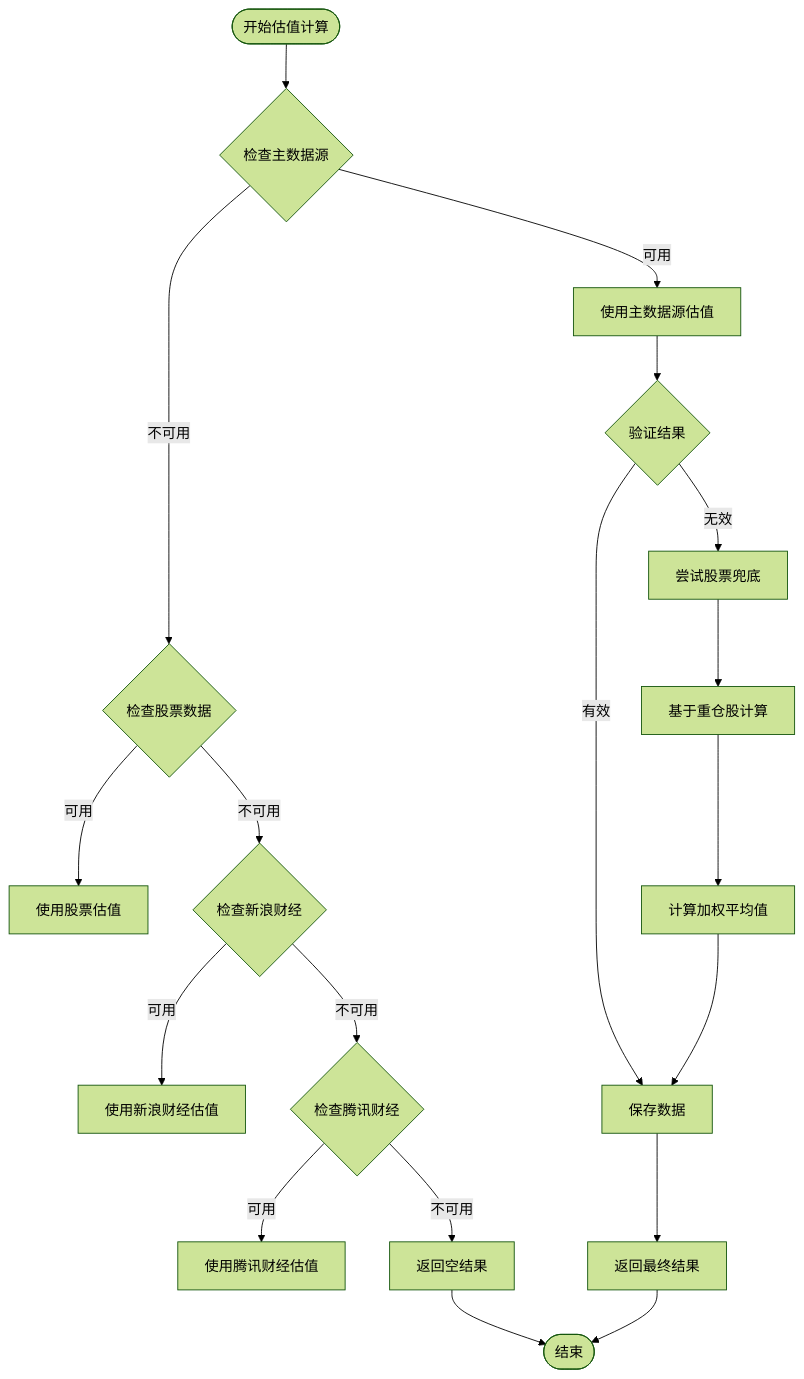
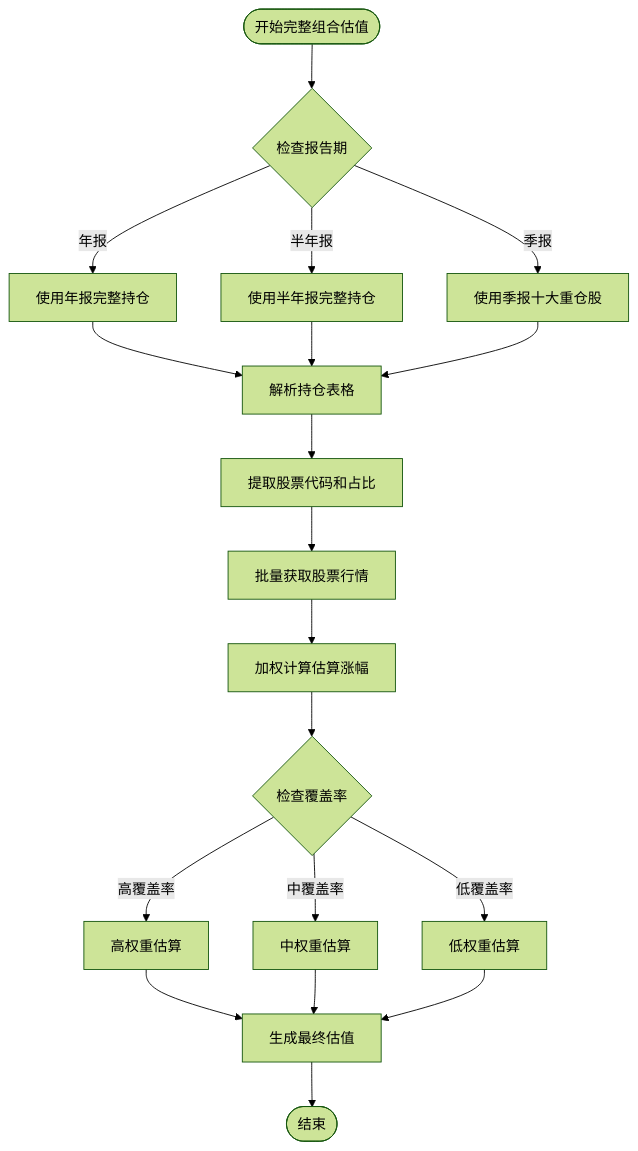
Before and after one commit to gree-coder/fund-butler: the fourth of 16 diagrams in .qoder/repowiki/zh/content/核心功能开发/多源基金估值系统.md, drawn with Mermaid (forest theme). The commit also changed other lines of this file and 28 other files, not shown here.

````diff
--- a/.qoder/repowiki/zh/content/核心功能开发/多源基金估值系统.md
+++ b/.qoder/repowiki/zh/content/核心功能开发/多源基金估值系统.md
@@ -276,21 +276,21 @@
 ```mermaid
 flowchart TD
-Start([开始估值计算]) --> CheckPrimary{检查主数据源}
-CheckPrimary --> |可用| UsePrimary[使用主数据源估值]
-CheckPrimary --> |不可用| CheckStock{检查股票数据}
-CheckStock --> |可用| UseStock[使用股票估值]
-CheckStock --> |不可用| CheckSina{检查新浪财经}
-CheckSina --> |可用| UseSina[使用新浪财经估值]
-CheckSina --> |不可用| CheckTencent{检查腾讯财经}
-CheckTencent --> |可用| UseTencent[使用腾讯财经估值]
-CheckTencent --> |不可用| ReturnEmpty[返回空结果]
-UsePrimary --> ValidateResult{验证结果}
-ValidateResult --> |有效| SaveData[保存数据]
-ValidateResult --> |无效| TryStockFallback[尝试股票兜底]
-TryStockFallback --> CalcByStocks[基于重仓股计算]
-CalcByStocks --> CalcWeightedAvg[计算加权平均值]
-CalcWeightedAvg --> SaveData
-SaveData --> ReturnResult[返回最终结果]
-ReturnEmpty --> End([结束])
-ReturnResult --> End
+Start([开始完整组合估值]) --> CheckReport{检查报告期}
+CheckReport --> |年报| UseAnnual[使用年报完整持仓]
+CheckReport --> |半年报| UseHalfYear[使用半年报完整持仓]
+CheckReport --> |季报| UseQuarter[使用季报十大重仓股]
+UseAnnual --> ParseTable[解析持仓表格]
+UseHalfYear --> ParseTable
+UseQuarter --> ParseTable
+ParseTable --> ExtractHoldings[提取股票代码和占比]
+ExtractHoldings --> BatchRequest[批量获取股票行情]
+BatchRequest --> WeightCalc[加权计算估算涨幅]
+WeightCalc --> CoverageCheck{检查覆盖率}
+CoverageCheck --> |高覆盖率| HighWeight[高权重估算]
+CoverageCheck --> |中覆盖率| MediumWeight[中权重估算]
+CoverageCheck --> |低覆盖率| LowWeight[低权重估算]
+HighWeight --> FinalEstimate[生成最终估值]
+MediumWeight --> FinalEstimate
+LowWeight --> FinalEstimate
+FinalEstimate --> End([结束])
 ```
````
